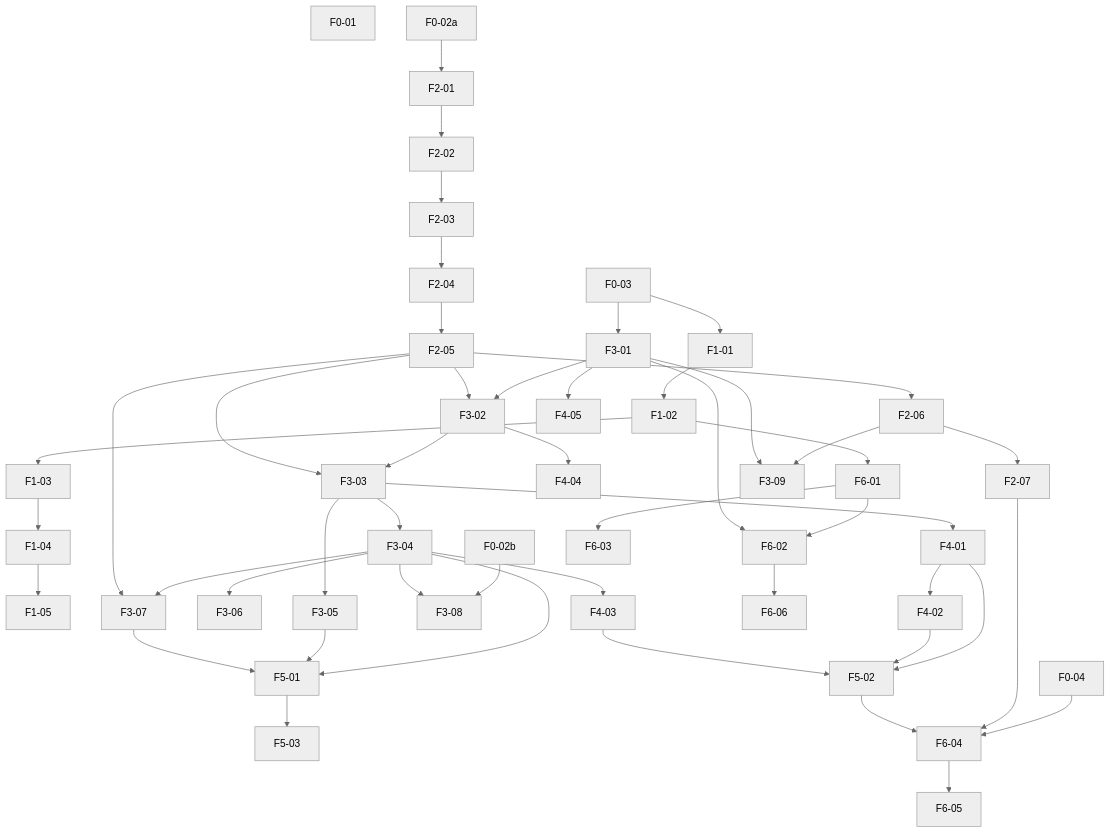
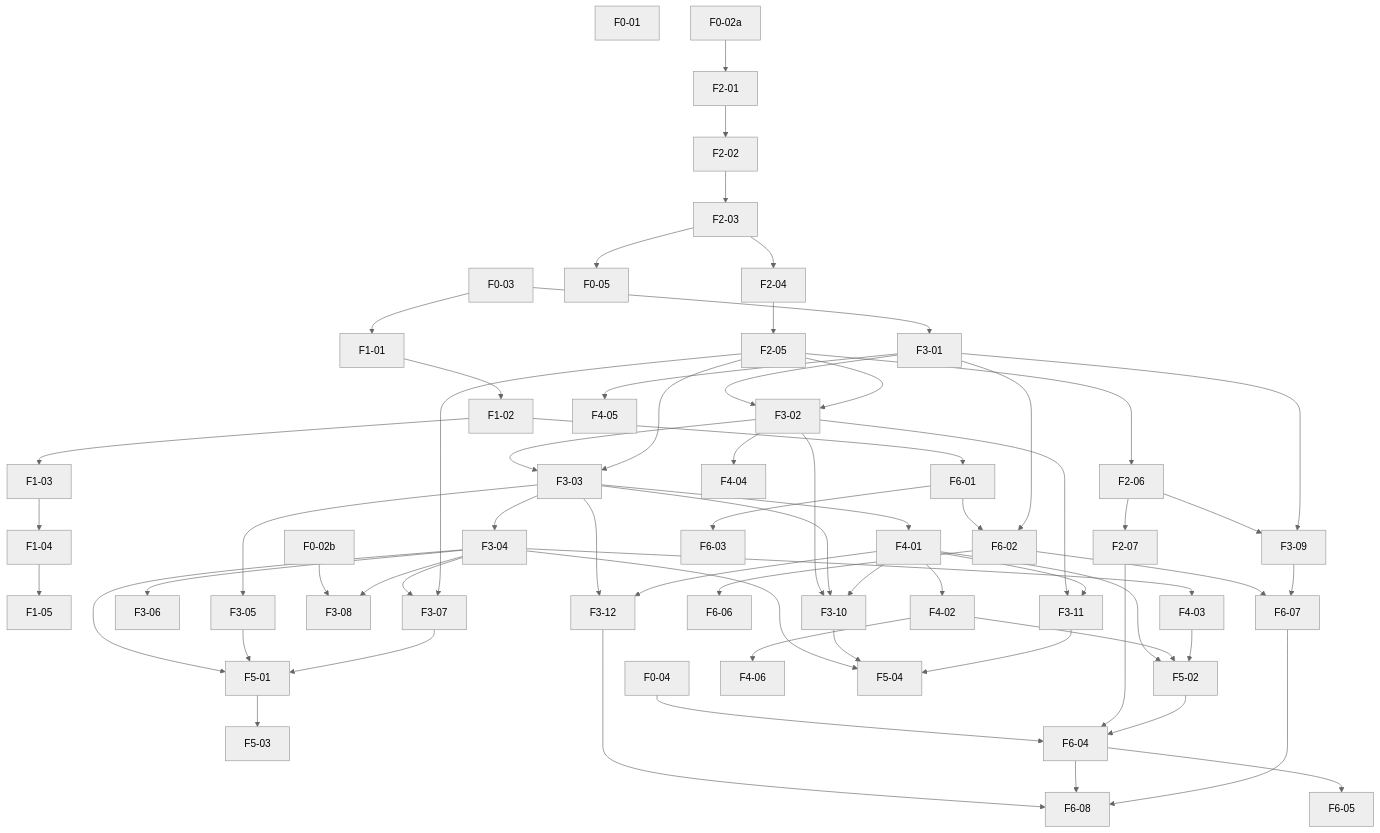
One commit to Equipo-03-Proyecto10/retail-segmentation changed the diagram in docs/backlog.md. Above: the diagram before and after it, drawn with Mermaid (neutral theme). The commit also changed other lines of this file and 9 other files, not shown here.

````diff
--- a/docs/backlog.md
+++ b/docs/backlog.md
@@ -21,50 +21,76 @@
 ```mermaid
 flowchart TD
     F0-01
     F0-02a["F0-02a"]
     F0-02b["F0-02b"]
     F0-03
     F0-04
+    F0-05
 
     F0-03 --> F1-01 --> F1-02 --> F1-03 --> F1-04 --> F1-05
 
     F0-02a --> F2-01 --> F2-02 --> F2-03 --> F2-04 --> F2-05 --> F2-06 --> F2-07
 
     F0-03 --> F3-01
     F3-01 --> F3-02
     F2-05 --> F3-02
     F3-02 --> F3-03
     F2-05 --> F3-03
     F3-03 --> F3-04
     F3-03 --> F3-05
     F3-04 --> F3-06
     F3-04 --> F3-07
     F2-05 --> F3-07
     F0-02b --> F3-08
     F3-04 --> F3-08
 
     F3-03 --> F4-01 --> F4-02
     F3-04 --> F4-03
     F3-02 --> F4-04
     F3-01 --> F4-05
 
     F3-04 --> F5-01
     F3-05 --> F5-01
     F3-07 --> F5-01
     F5-01 --> F5-03
     F4-01 --> F5-02
     F4-02 --> F5-02
     F4-03 --> F5-02
 
     F1-02 --> F6-01 --> F6-02
     F3-01 --> F6-02
     F6-01 --> F6-03
     F0-04 --> F6-04
     F2-07 --> F6-04
     F5-02 --> F6-04
     F6-04 --> F6-05
     F6-02 --> F6-06
 
     F2-06 --> F3-09
     F3-01 --> F3-09
+
+    F2-03 --> F0-05
+
+    F3-02 --> F3-10
+    F3-03 --> F3-10
+    F4-01 --> F3-10
+
+    F3-02 --> F3-11
+    F4-01 --> F3-11
+
+    F3-03 --> F3-12
+    F4-01 --> F3-12
+
+    F4-02 --> F4-06
+
+    F3-04 --> F5-04
+    F3-10 --> F5-04
+    F3-11 --> F5-04
+
+    F6-02 --> F6-07
+    F3-09 --> F6-07
+
+    F3-12 --> F6-08
+    F6-04 --> F6-08
+    F6-07 --> F6-08
 ```
````
